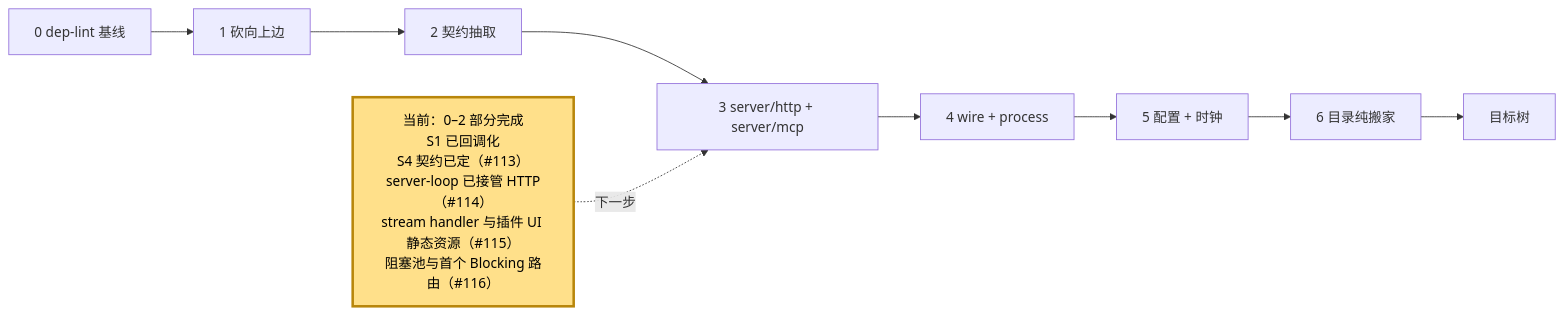
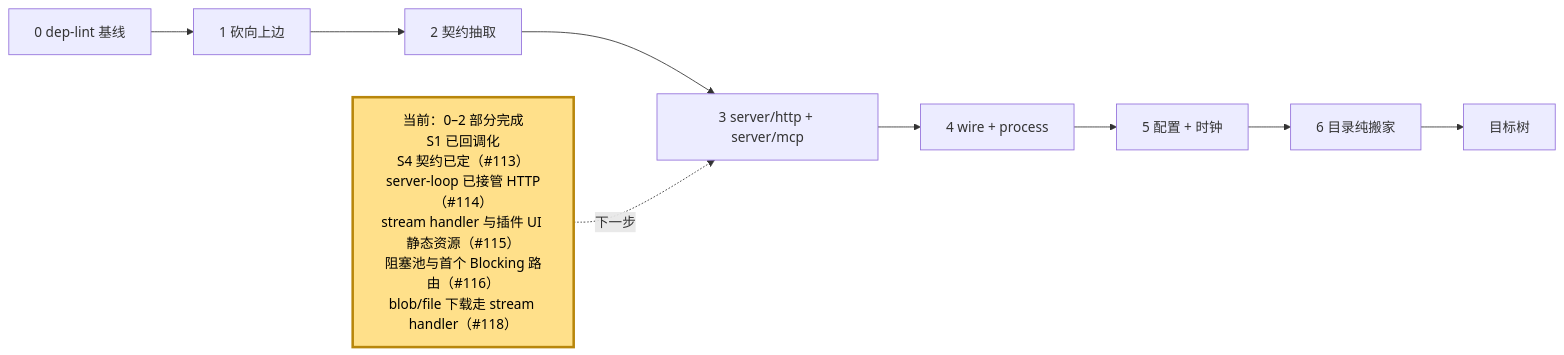
One commit to webxxxxx/plugin-manager changed the fifth of 5 diagrams in docs/architecture.md. Above: the diagram before and after it, drawn with Mermaid. The commit also changed other lines of this file and 15 other files, not shown here.

First line of the commit message:
feat(server): blob/file 下载走 sans-IO stream handler (#118)

````diff
--- a/docs/architecture.md
+++ b/docs/architecture.md
@@ -378,15 +378,15 @@
 ```mermaid
 flowchart LR
     S0["0 dep-lint 基线"] --> S1["1 砍向上边"]
     S1 --> S2["2 契约抽取"]
     S2 --> S3["3 server/http + server/mcp"]
     S3 --> S4["4 wire + process"]
     S4 --> S5["5 配置 + 时钟"]
     S5 --> S6["6 目录纯搬家"]
     S6 --> DONE["目标树"]
 
-    NOW["当前：0–2 部分完成<br/>S1 已回调化<br/>S4 契约已定（#113）<br/>server-loop 已接管 HTTP（#114）<br/>stream handler 与插件 UI 静态资源（#115）<br/>阻塞池与首个 Blocking 路由（#116）"]:::current
+    NOW["当前：0–2 部分完成<br/>S1 已回调化<br/>S4 契约已定（#113）<br/>server-loop 已接管 HTTP（#114）<br/>stream handler 与插件 UI 静态资源（#115）<br/>阻塞池与首个 Blocking 路由（#116）<br/>blob/file 下载走 stream handler（#118）"]:::current
     NOW -.->|下一步| S3
 
     classDef current fill:#ffe08a,stroke:#b8860b,stroke-width:3px,color:#000
 ```
````
